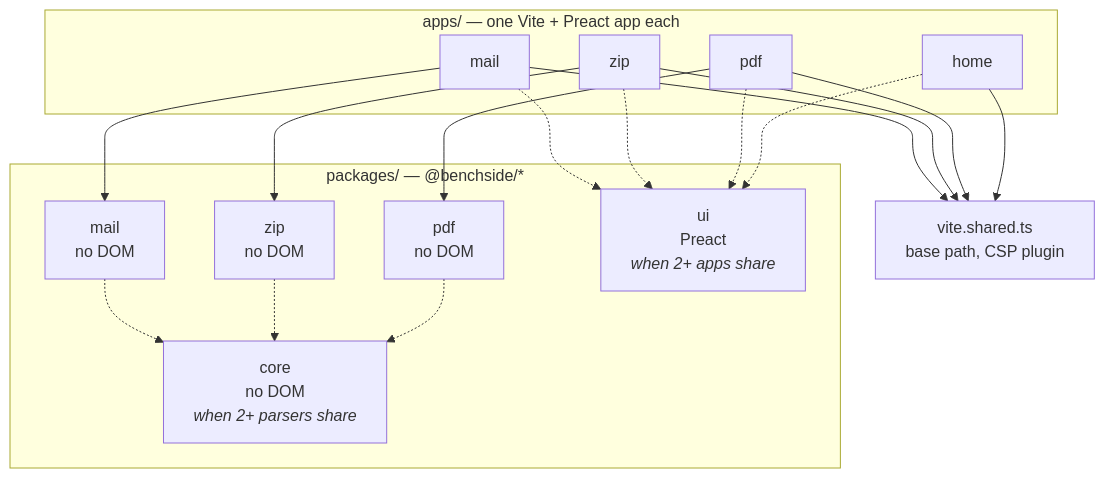
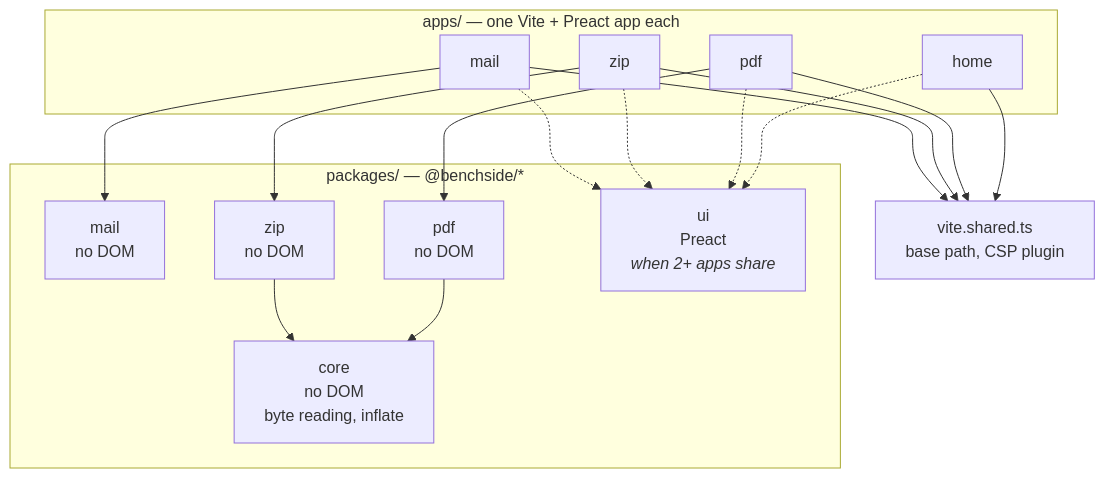
One commit to photom/benchside changed the first of 6 diagrams in docs/explanation/architecture.md. Above: the diagram before and after it, drawn with Mermaid. The commit also changed other lines of this file and 72 other files, not shown here.

````diff
--- a/docs/explanation/architecture.md
+++ b/docs/explanation/architecture.md
@@ -12,26 +13,26 @@
 ```mermaid
 flowchart TD
   subgraph apps [apps/ — one Vite + Preact app each]
     home[home]
     mail[mail]
     zip[zip]
     pdf[pdf]
   end
 
   subgraph packages [packages/ — @benchside/*]
     pmail[mail<br/>no DOM]
     pzip[zip<br/>no DOM]
     ppdf[pdf<br/>no DOM]
-    core[core<br/>no DOM<br/><i>when 2+ parsers share</i>]
+    core[core<br/>no DOM<br/>byte reading, inflate]
     ui[ui<br/>Preact<br/><i>when 2+ apps share</i>]
   end
 
   shared[vite.shared.ts<br/>base path, CSP plugin]
 
   mail --> pmail
   zip --> pzip
   pdf --> ppdf
-  pmail & pzip & ppdf -.-> core
+  pzip & ppdf --> core
   mail & zip & pdf & home -.-> ui
   mail & zip & pdf & home --> shared
 ```
````
